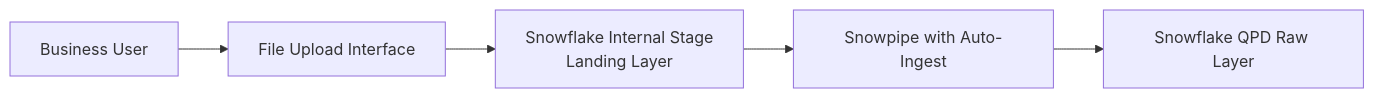
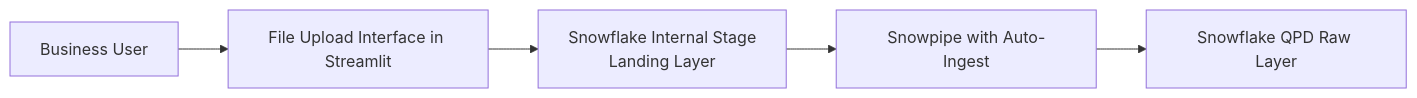
The eighth of 14 diagrams in 15-BB-QPD Future State/QPD - Future State.md (sfc-gh-mhindi/REPO_CBA), drawn with Mermaid before and after one commit. The commit also changed other lines of this file, not shown here.

````diff
--- a/15-BB-QPD Future State/QPD - Future State.md
+++ b/15-BB-QPD Future State/QPD - Future State.md
@@ -515,7 +516,7 @@
 ```mermaid
 graph LR
-    User[Business User] --> Upload[File Upload Interface]
+    User[Business User] --> Upload[File Upload Interface in Streamlit]
     Upload --> SF_Internal[Snowflake Internal Stage<br/>Landing Layer]
     SF_Internal --> Snowpipe[Snowpipe with Auto-Ingest]
     Snowpipe --> SF_Raw[Snowflake QPD Raw Layer]
 ```
````
